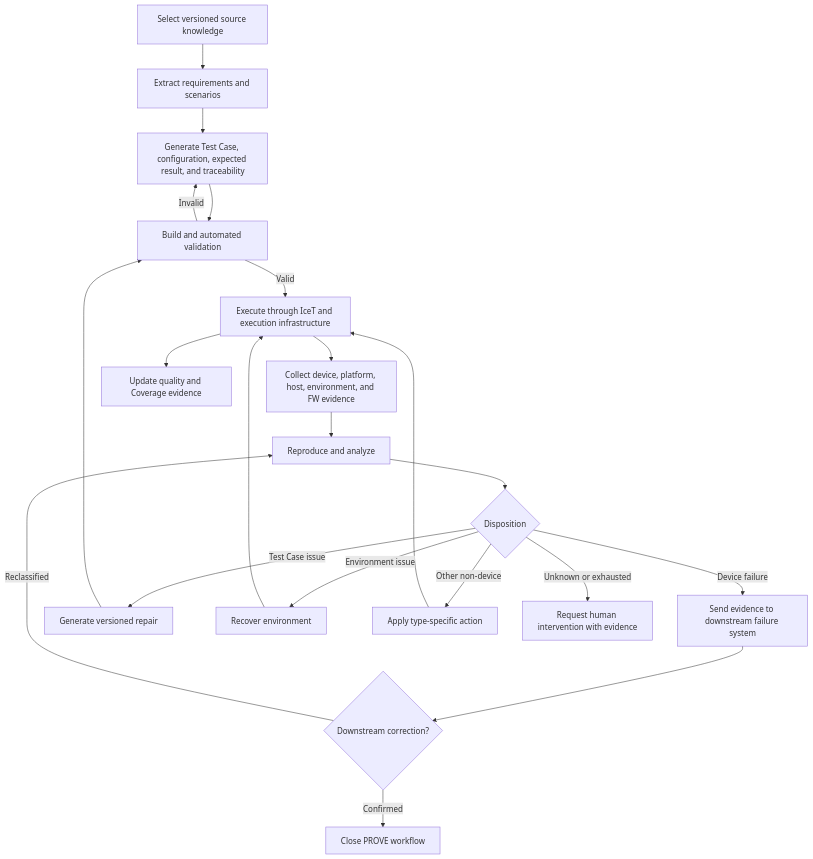
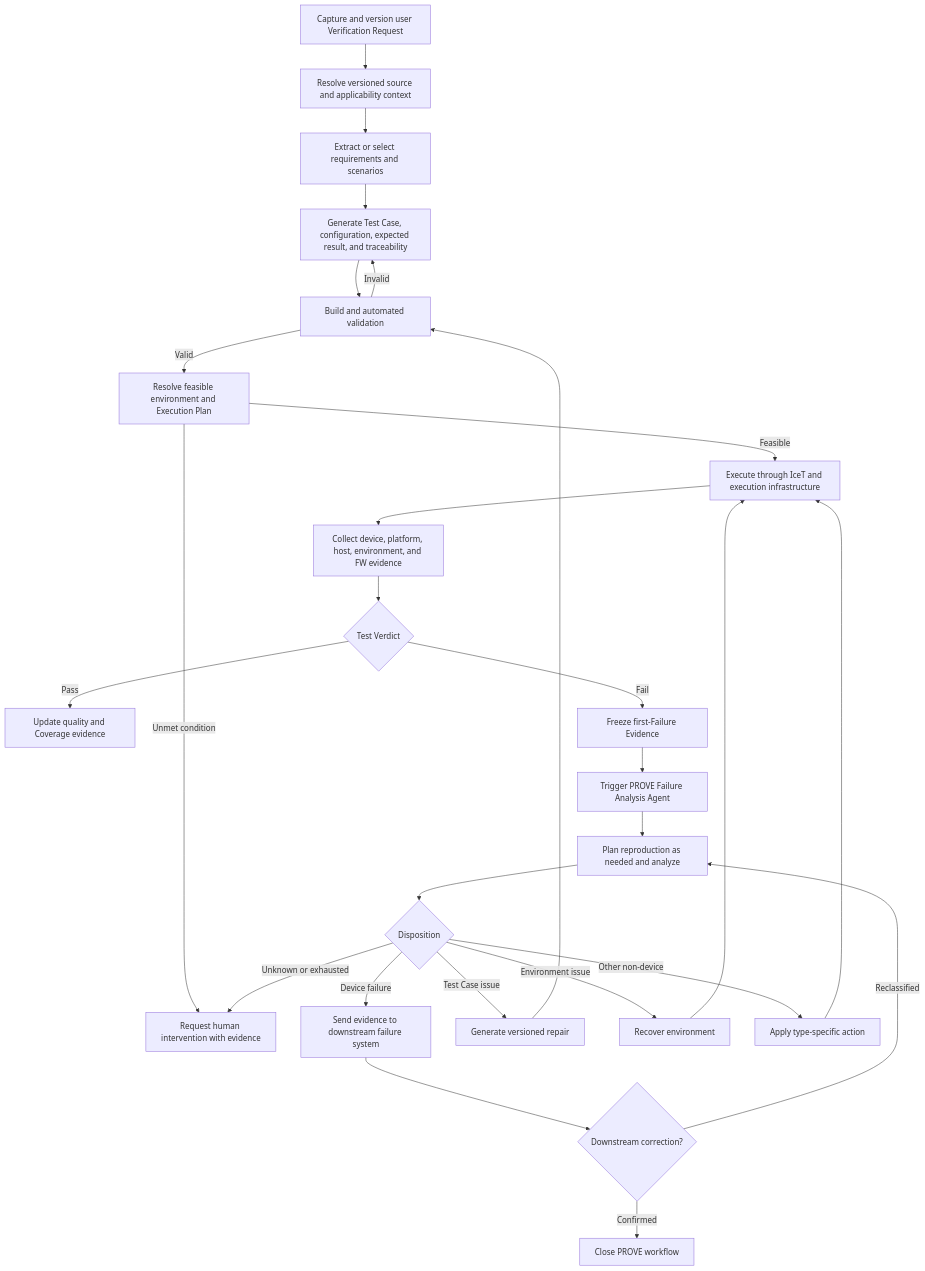
Before and after one commit to huhuFactory/prove: the diagram in docs/architecture/end-to-end-workflow.md, drawn with Mermaid. The commit also changed 63 other files, not shown here.

Commit message:
Define PROVE execution and governance framework

````diff
--- a/docs/architecture/end-to-end-workflow.md
+++ b/docs/architecture/end-to-end-workflow.md
@@ -18,23 +18,29 @@
 ```mermaid
 flowchart TD
-    A["Select versioned source knowledge"] --> B["Extract requirements and scenarios"]
+    R["Capture and version user Verification Request"] --> A["Resolve versioned source and applicability context"]
+    A --> B["Extract or select requirements and scenarios"]
     B --> C["Generate Test Case, configuration, expected result, and traceability"]
     C --> D["Build and automated validation"]
     D -->|Invalid| C
-    D -->|Valid| E["Execute through IceT and execution infrastructure"]
+    D -->|Valid| Q["Resolve feasible environment and Execution Plan"]
+    Q -->|Unmet condition| O["Request human intervention with evidence"]
+    Q -->|Feasible| E["Execute through IceT and execution infrastructure"]
     E --> F["Collect device, platform, host, environment, and FW evidence"]
-    F --> G["Reproduce and analyze"]
+    F --> V{"Test Verdict"}
+    V -->|Pass| P["Update quality and Coverage evidence"]
+    V -->|Fail| S["Freeze first-Failure Evidence"]
+    S --> FA["Trigger PROVE Failure Analysis Agent"]
+    FA --> G["Plan reproduction as needed and analyze"]
     G --> H{"Disposition"}
     H -->|Device failure| I["Send evidence to downstream failure system"]
     I --> J{"Downstream correction?"}
     J -->|Reclassified| G
     J -->|Confirmed| K["Close PROVE workflow"]
     H -->|Test Case issue| L["Generate versioned repair"]
     L --> D
     H -->|Environment issue| M["Recover environment"]
     M --> E
     H -->|Other non-device| N["Apply type-specific action"]
     N --> E
-    H -->|Unknown or exhausted| O["Request human intervention with evidence"]
-    E --> P["Update quality and Coverage evidence"]
+    H -->|Unknown or exhausted| O
 ```
````
